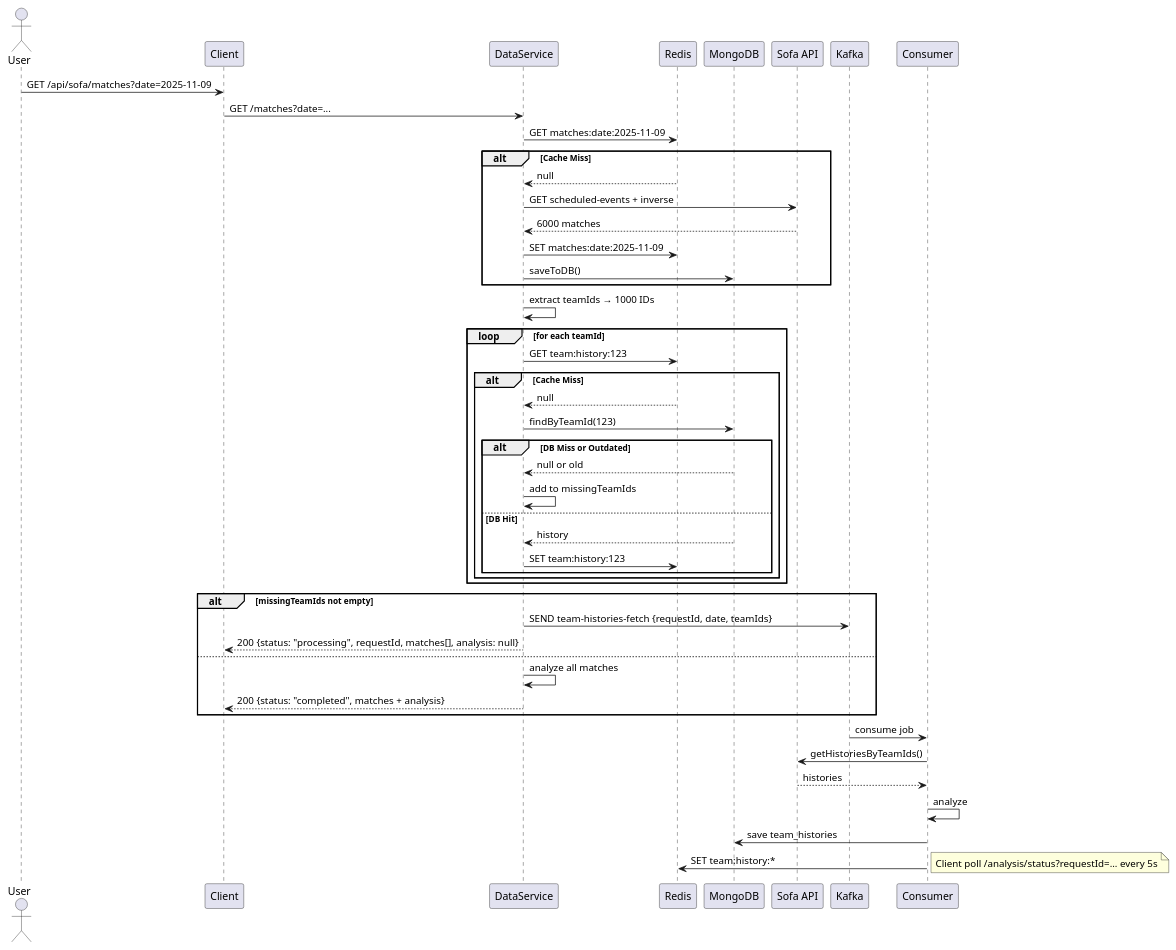
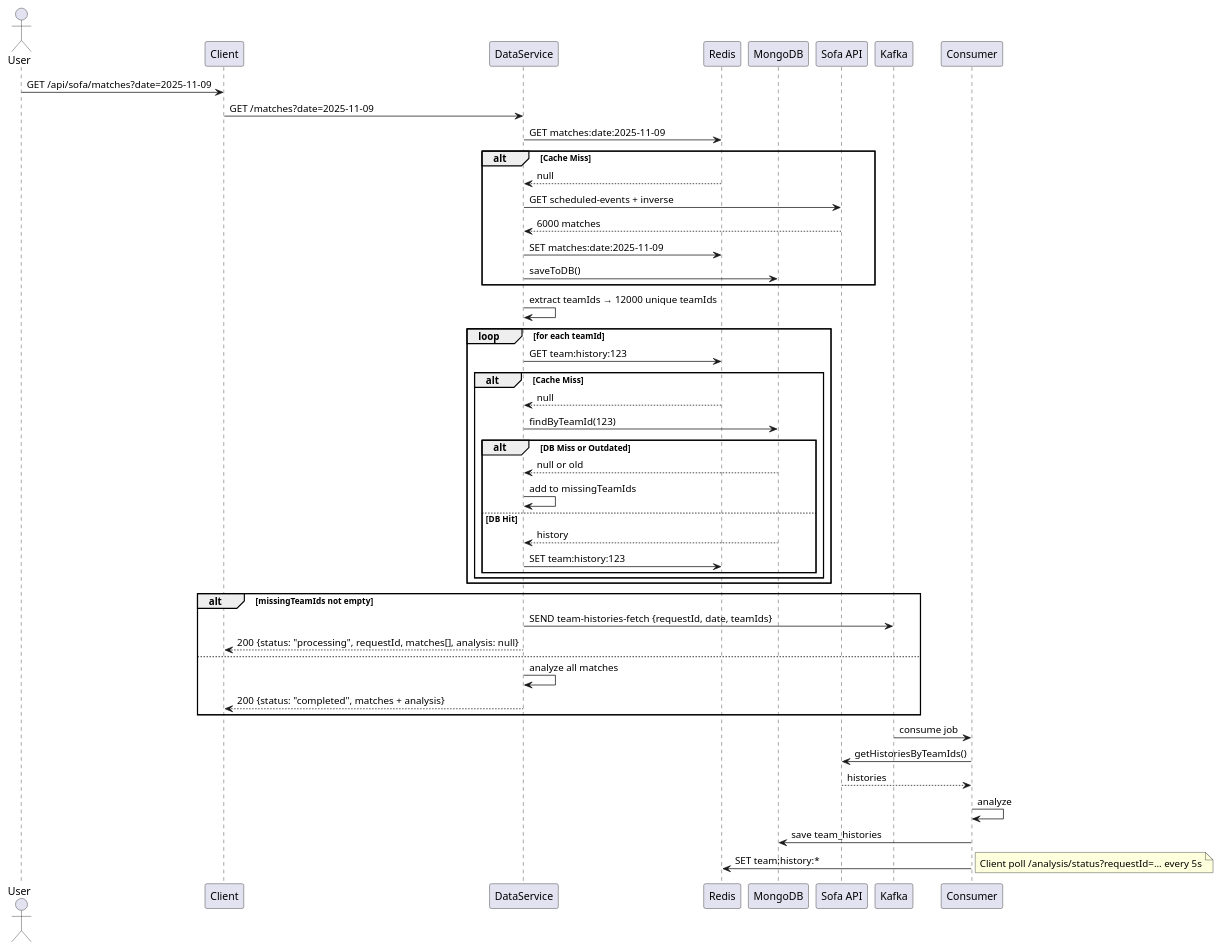
The diagram in diagram/GetMatchesByDate.puml (santosZZ13/data-service), drawn with PlantUML before and after one commit. The commit also changed 6 other files, not shown here.

```diff
--- a/diagram/GetMatchesByDate.puml
+++ b/diagram/GetMatchesByDate.puml
@@ -51,55 +51,58 @@
 @startuml
 actor User
 participant "Client" as FE
 participant "DataService" as API
 participant "Redis" as Cache
 participant "MongoDB" as DB
 participant "Sofa API" as Sofa
 participant "Kafka" as Kafka
 participant "Consumer" as Worker
 
 User -> FE: GET /api/sofa/matches?date=2025-11-09
-FE -> API: GET /matches?date=...
+FE -> API: GET /matches?date=2025-11-09
 API -> Cache: GET matches:date:2025-11-09
 alt Cache Miss
     Cache --> API: null
     API -> Sofa: GET scheduled-events + inverse
     Sofa --> API: 6000 matches
     API -> Cache: SET matches:date:2025-11-09
     API -> DB: saveToDB()
+/'
+    * Optimize saveToDB to do bulk upsert for matches
+'/
 end
 
-API -> API: extract teamIds → 1000 IDs
+API -> API: extract teamIds → 12000 unique teamIds
 loop for each teamId
     API -> Cache: GET team:history:123
     alt Cache Miss
         Cache --> API: null
         API -> DB: findByTeamId(123)
         alt DB Miss or Outdated
             DB --> API: null or old
             API -> API: add to missingTeamIds
         else DB Hit
             DB --> API: history
             API -> Cache: SET team:history:123
         end
     end
 end
 
 alt missingTeamIds not empty
     API -> Kafka: SEND team-histories-fetch {requestId, date, teamIds}
     API --> FE: 200 {status: "processing", requestId, matches[], analysis: null}
 else
     API -> API: analyze all matches
     API --> FE: 200 {status: "completed", matches + analysis}
 end
 
 Kafka -> Worker: consume job
 Worker -> Sofa: getHistoriesByTeamIds()
 Sofa --> Worker: histories
 Worker -> Worker: analyze
 Worker -> DB: save team_histories
 Worker -> Cache: SET team:history:*
 
 note right: Client poll /analysis/status?requestId=... every 5s
 
 @enduml
```
